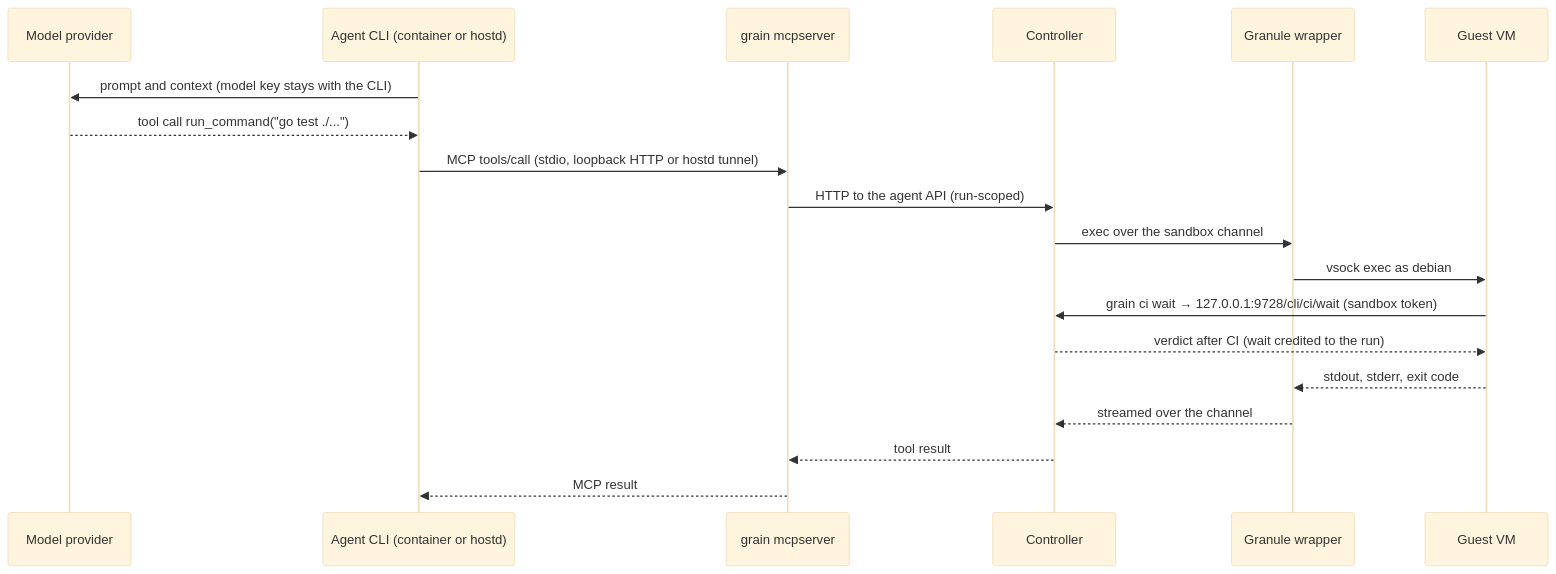
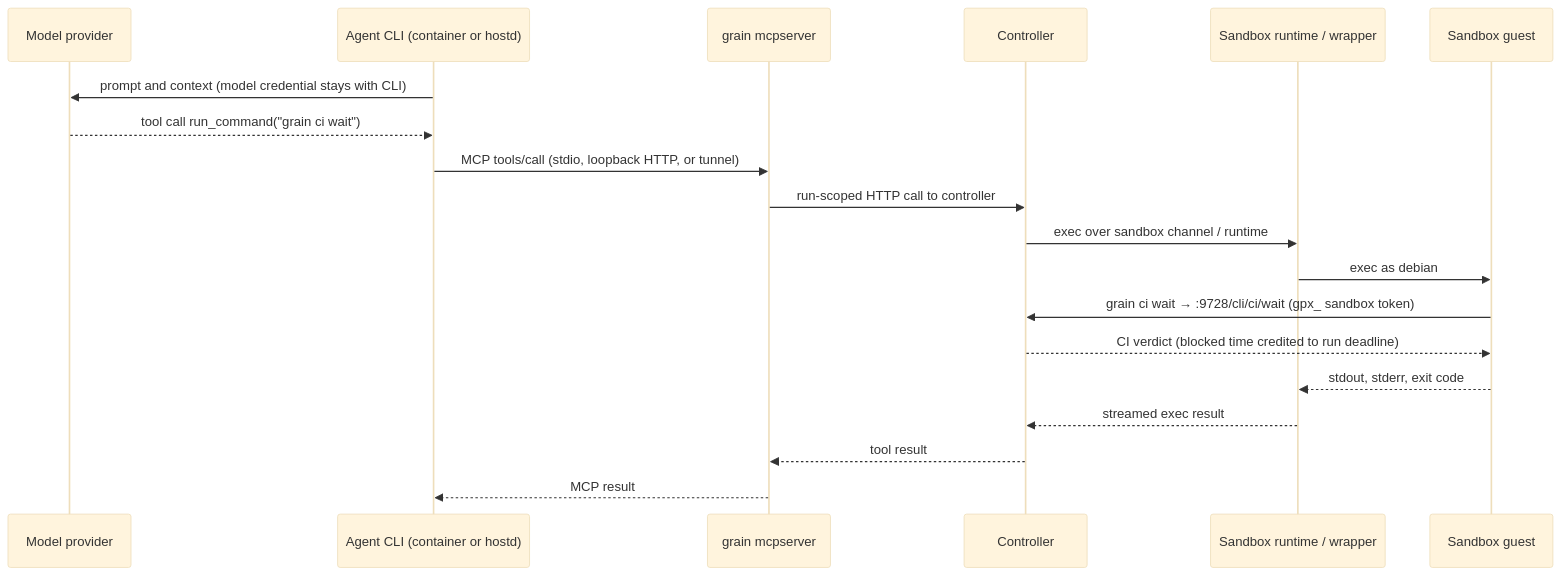
One commit to ai-on-gke/grain changed the second of 3 diagrams in design/design/architecture.design.md. Above: the diagram before and after it, drawn with Mermaid (base theme). The commit also changed other lines of this file, not shown here.

````diff
--- a/design/design/architecture.design.md
+++ b/design/design/architecture.design.md
@@ -218,21 +234,21 @@
 ```mermaid
 sequenceDiagram
   participant M as Model provider
   participant C as Agent CLI (container or hostd)
   participant S as grain mcpserver
   participant G as Controller
-  participant W as Granule wrapper
-  participant V as Guest VM
-  C->>M: prompt and context (model key stays with the CLI)
-  M-->>C: tool call run_command("go test ./...")
-  C->>S: MCP tools/call (stdio, loopback HTTP or hostd tunnel)
-  S->>G: HTTP to the agent API (run-scoped)
-  G->>W: exec over the sandbox channel
-  W->>V: vsock exec as debian
-  V->>G: grain ci wait → 127.0.0.1:9728/cli/ci/wait (sandbox token)
-  G-->>V: verdict after CI (wait credited to the run)
+  participant W as Sandbox runtime / wrapper
+  participant V as Sandbox guest
+  C->>M: prompt and context (model credential stays with CLI)
+  M-->>C: tool call run_command("grain ci wait")
+  C->>S: MCP tools/call (stdio, loopback HTTP, or tunnel)
+  S->>G: run-scoped HTTP call to controller
+  G->>W: exec over sandbox channel / runtime
+  W->>V: exec as debian
+  V->>G: grain ci wait → :9728/cli/ci/wait (gpx_ sandbox token)
+  G-->>V: CI verdict (blocked time credited to run deadline)
   V-->>W: stdout, stderr, exit code
-  W-->>G: streamed over the channel
+  W-->>G: streamed exec result
   G-->>S: tool result
   S-->>C: MCP result
 ```
````
